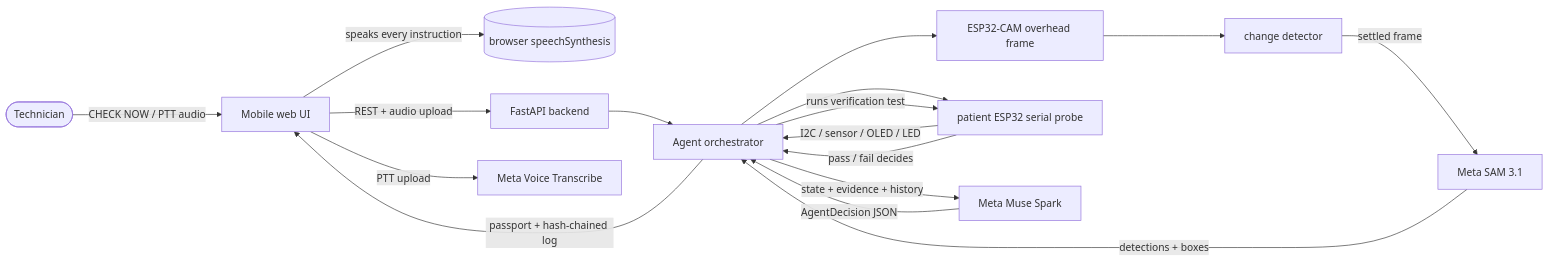
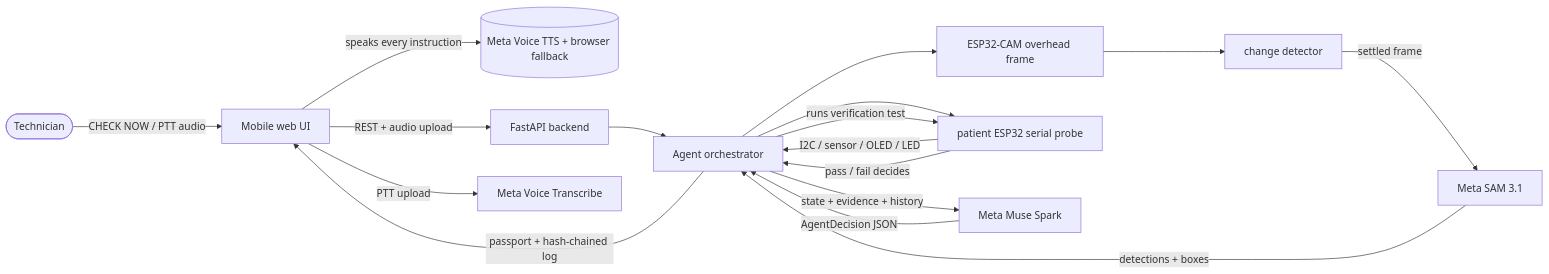
The diagram in README.md (Mas-aaron/fundiloop), drawn with Mermaid before and after one commit. The commit also changed other lines of this file and 47 other files, not shown here.

````diff
--- a/README.md
+++ b/README.md
@@ -30,19 +30,19 @@
 ```mermaid
 flowchart LR
     Tech([Technician]) -->|CHECK NOW / PTT audio| UI[Mobile web UI]
-    UI -->|speaks every instruction| TTS[(browser speechSynthesis)]
+    UI -->|speaks every instruction| TTS[(Meta Voice TTS + browser fallback)]
     UI -->|REST + audio upload| API[FastAPI backend]
     API --> ORCH[Agent orchestrator]
     ORCH --> CAM[ESP32-CAM overhead frame]
     CAM --> CD[change detector]
     CD -->|settled frame| SAM[Meta SAM 3.1]
     SAM -->|detections + boxes| ORCH
     ORCH --> SER[patient ESP32 serial probe]
     SER -->|I2C / sensor / OLED / LED| ORCH
     ORCH -->|state + evidence + history| Muse[Meta Muse Spark]
     Muse -->|AgentDecision JSON| ORCH
     ORCH -->|runs verification test| SER
     SER -->|pass / fail decides| ORCH
     ORCH -->|passport + hash-chained log| UI
     UI -->|PTT upload| ASR[Meta Voice Transcribe]
 ```
````
